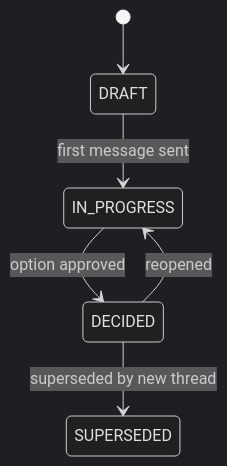
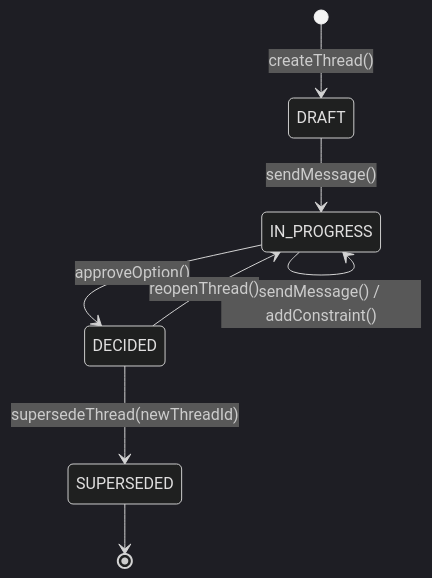
The third of 4 diagrams in .kiro/specs/architecture-decision-room/design.md (sburgholzer/chalk), drawn with Mermaid (dark theme) before and after one commit. The commit also changed other lines of this file, not shown here.

````diff
--- a/.kiro/specs/architecture-decision-room/design.md
+++ b/.kiro/specs/architecture-decision-room/design.md
@@ -256,8 +114,10 @@
 ```mermaid
 stateDiagram-v2
-    [*] --> DRAFT
-    DRAFT --> IN_PROGRESS : first message sent
-    IN_PROGRESS --> DECIDED : option approved
-    DECIDED --> IN_PROGRESS : reopened
-    DECIDED --> SUPERSEDED : superseded by new thread
+    [*] --> DRAFT: createThread()
+    DRAFT --> IN_PROGRESS: sendMessage()
+    IN_PROGRESS --> IN_PROGRESS: sendMessage() / addConstraint()
+    IN_PROGRESS --> DECIDED: approveOption()
+    DECIDED --> IN_PROGRESS: reopenThread()
+    DECIDED --> SUPERSEDED: supersedeThread(newThreadId)
+    SUPERSEDED --> [*]
 ```
````
